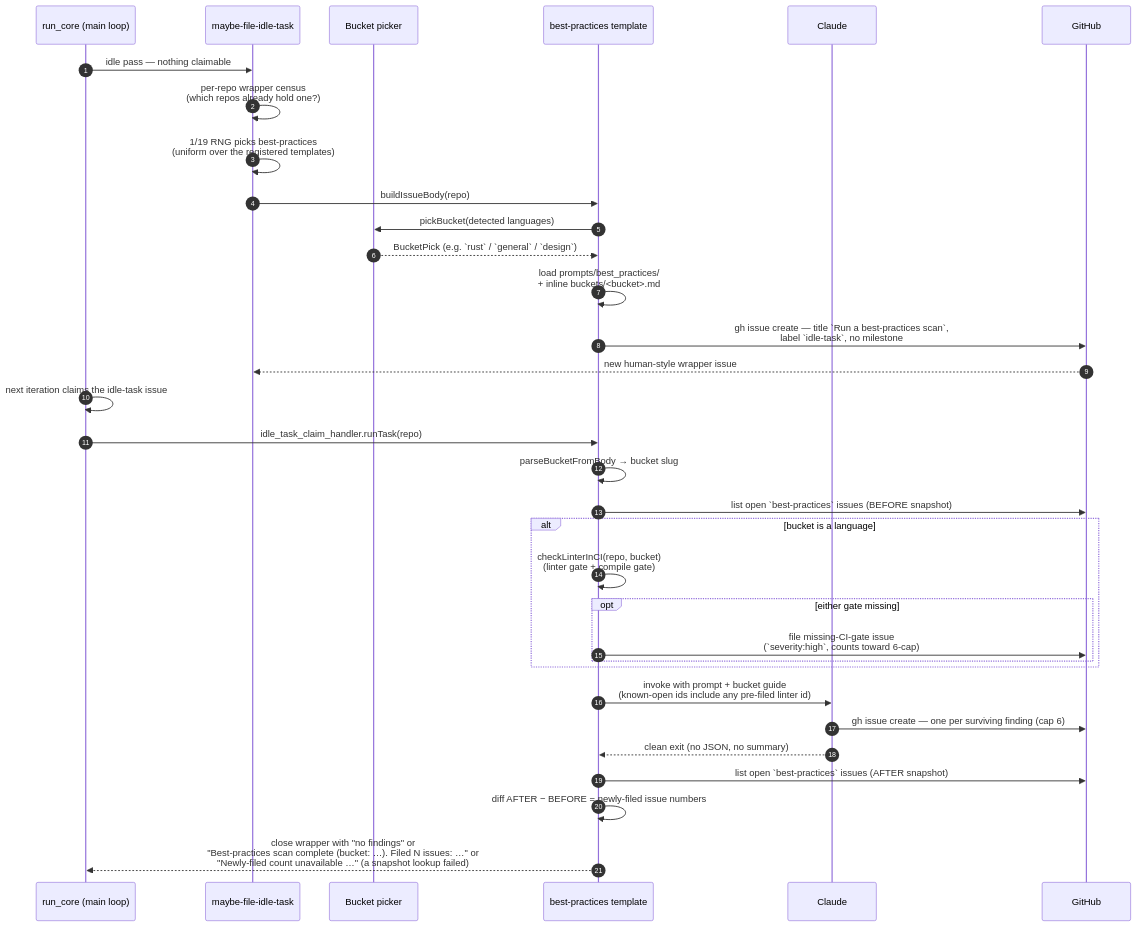
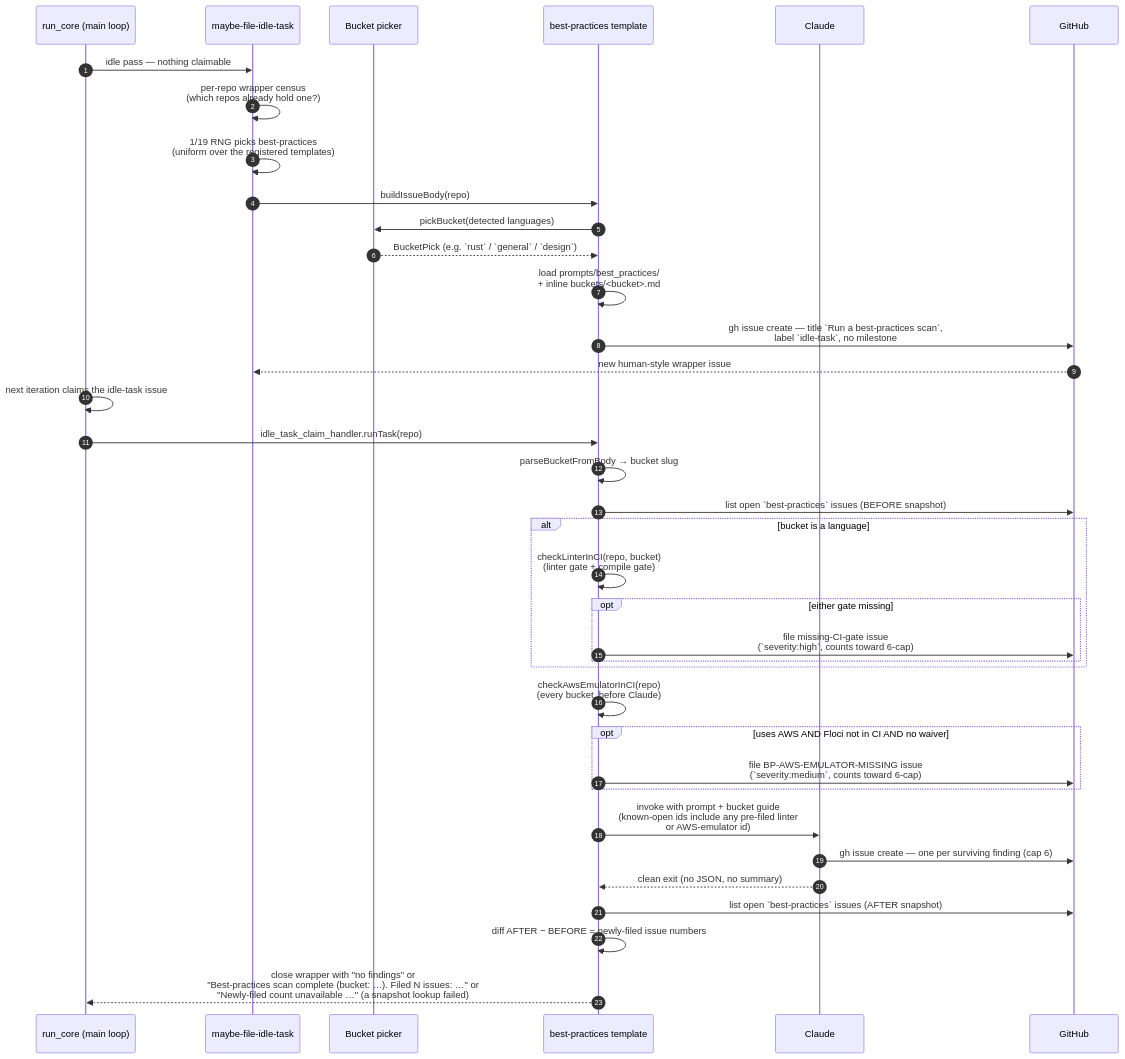
One commit to stSoftwareAU/VibeCoder changed the second of 4 diagrams in docs/BEST-PRACTICES-SCAN.md. Above: the diagram before and after it, drawn with Mermaid. The commit also changed other lines of this file and 5 other files, not shown here.

````diff
--- a/docs/BEST-PRACTICES-SCAN.md
+++ b/docs/BEST-PRACTICES-SCAN.md
@@ -226,36 +303,40 @@
 ```mermaid
 sequenceDiagram
     autonumber
     participant Main as run_core (main loop)
     participant Filer as maybe-file-idle-task
     participant Picker as Bucket picker
     participant Template as best-practices template
     participant Claude
     participant GH as GitHub
 
     Main->>Filer: idle pass — nothing claimable
     Filer->>Filer: per-repo wrapper census<br/>(which repos already hold one?)
     Filer->>Filer: 1/19 RNG picks best-practices<br/>(uniform over the registered templates)
     Filer->>Template: buildIssueBody(repo)
     Template->>Picker: pickBucket(detected languages)
     Picker-->>Template: BucketPick (e.g. `rust` / `general` / `design`)
     Template->>Template: load prompts/best_practices/<br/>+ inline buckets/<bucket>.md
     Template->>GH: gh issue create — title `Run a best-practices scan`,<br/>label `idle-task`, no milestone
     GH-->>Filer: new human-style wrapper issue
     Main->>Main: next iteration claims the idle-task issue
     Main->>Template: idle_task_claim_handler.runTask(repo)
     Template->>Template: parseBucketFromBody → bucket slug
     Template->>GH: list open `best-practices` issues (BEFORE snapshot)
     alt bucket is a language
         Template->>Template: checkLinterInCI(repo, bucket)<br/>(linter gate + compile gate)
         opt either gate missing
             Template->>GH: file missing-CI-gate issue<br/>(`severity:high`, counts toward 6-cap)
         end
     end
-    Template->>Claude: invoke with prompt + bucket guide<br/>(known-open ids include any pre-filed linter id)
+    Template->>Template: checkAwsEmulatorInCI(repo)<br/>(every bucket, before Claude)
+    opt uses AWS AND Floci not in CI AND no waiver
+        Template->>GH: file BP-AWS-EMULATOR-MISSING issue<br/>(`severity:medium`, counts toward 6-cap)
+    end
+    Template->>Claude: invoke with prompt + bucket guide<br/>(known-open ids include any pre-filed linter<br/>or AWS-emulator id)
     Claude->>GH: gh issue create — one per surviving finding (cap 6)
     Claude-->>Template: clean exit (no JSON, no summary)
     Template->>GH: list open `best-practices` issues (AFTER snapshot)
     Template->>Template: diff AFTER − BEFORE = newly-filed issue numbers
     Template-->>Main: close wrapper with "no findings" or<br/>"Best-practices scan complete (bucket: …). Filed N issues: …" or<br/>"Newly-filed count unavailable …" (a snapshot lookup failed)
 ```
````
